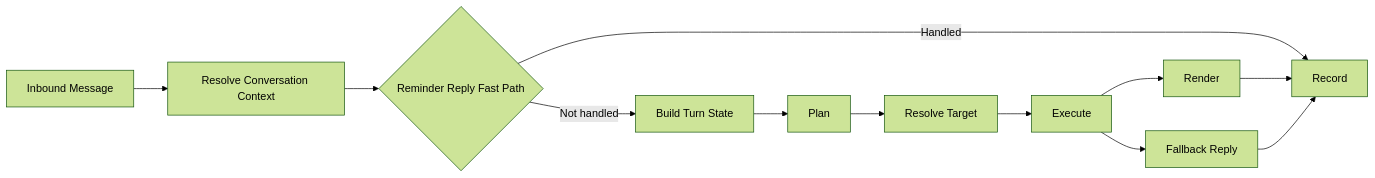
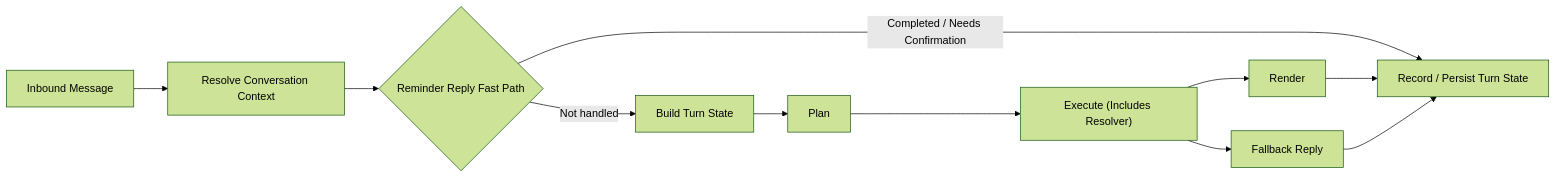
One commit to Grodon-Choeng/CognitiveOS changed the diagram in docs/architecture.md. Above: the diagram before and after it, drawn with Mermaid (forest theme). The commit also changed other lines of this file and 28 other files, not shown here.

````diff
--- a/docs/architecture.md
+++ b/docs/architecture.md
@@ -18,14 +18,13 @@
 ```mermaid
 flowchart LR
     A["Inbound Message"] --> B["Resolve Conversation Context"]
     B --> C{"Reminder Reply Fast Path"}
-    C -->|Handled| D["Record"]
+    C -->|Completed / Needs Confirmation| D["Record / Persist Turn State"]
     C -->|Not handled| E["Build Turn State"]
     E --> F["Plan"]
-    F --> G["Resolve Target"]
-    G --> H["Execute"]
-    H --> I["Render"]
-    I --> D["Record"]
-    H --> J["Fallback Reply"]
+    F --> G["Execute (Includes Resolver)"]
+    G --> H["Render"]
+    H --> D
+    G --> J["Fallback Reply"]
     J --> D
 ```
````
